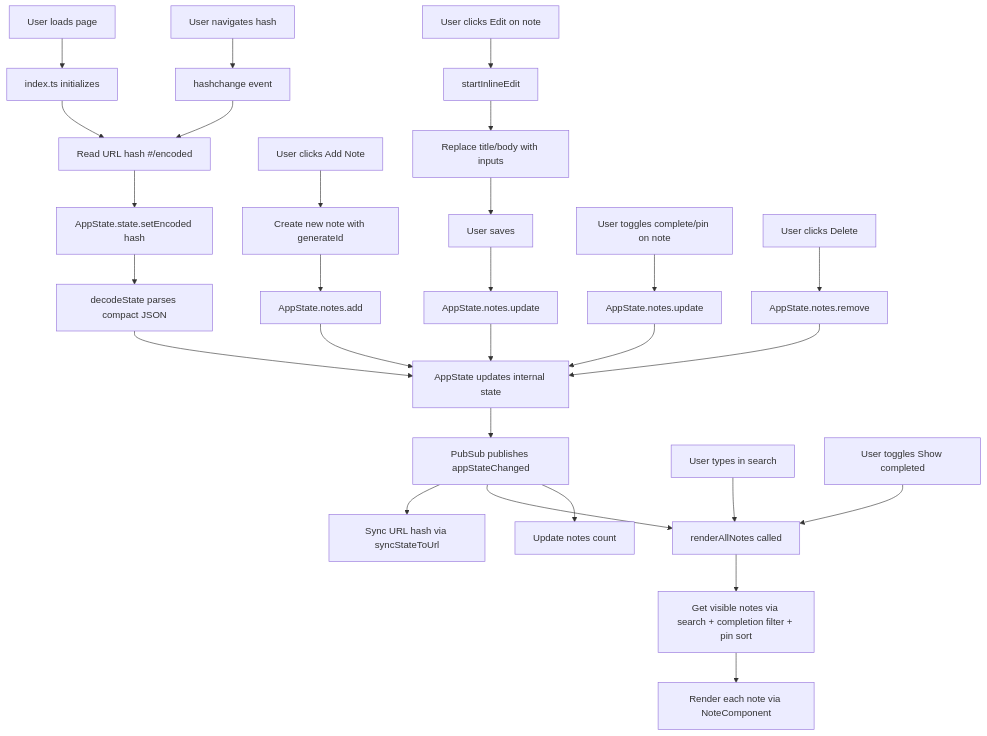
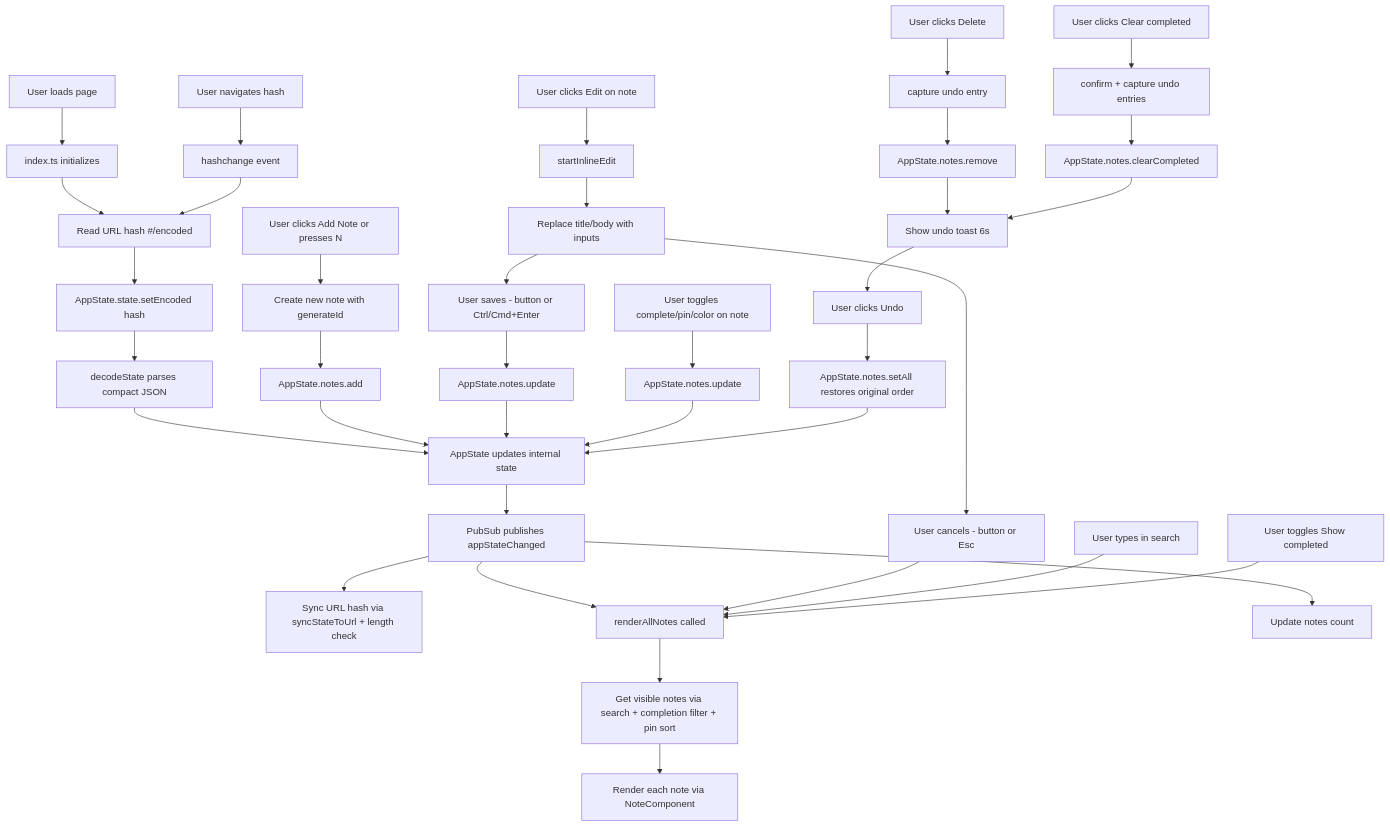
The diagram in README.md (hiimalexjgarcia/base64-encoded-state-test), drawn with Mermaid before and after one commit. The commit also changed other lines of this file and 1 other file, not shown here.

Commit message:
docs: document shortcuts, undo toast, URL length guard, and view module

````diff
--- a/README.md
+++ b/README.md
@@ -64,37 +67,47 @@
 ```mermaid
 graph TD
     A[User loads page] --> B[index.ts initializes]
     B --> C[Read URL hash #/encoded]
     C --> D[AppState.state.setEncoded hash]
     D --> E[decodeState parses compact JSON]
     E --> F[AppState updates internal state]
     F --> G[PubSub publishes appStateChanged]
-    G --> H[Sync URL hash via syncStateToUrl]
+    G --> H[Sync URL hash via syncStateToUrl + length check]
     G --> I[renderAllNotes called]
     G --> M[Update notes count]
     I --> J[Get visible notes via search + completion filter + pin sort]
     J --> L[Render each note via NoteComponent]
 
-    N[User clicks Add Note] --> O[Create new note with generateId]
+    N[User clicks Add Note or presses N] --> O[Create new note with generateId]
     O --> P[AppState.notes.add]
     P --> F
 
     Q[User clicks Edit on note] --> R[startInlineEdit]
     R --> S[Replace title/body with inputs]
-    S --> T[User saves]
+    S --> T[User saves - button or Ctrl/Cmd+Enter]
     T --> U[AppState.notes.update]
     U --> F
+    S --> V[User cancels - button or Esc]
+    V --> I
 
-    V[User toggles complete/pin on note] --> W[AppState.notes.update]
-    W --> F
+    W[User toggles complete/pin/color on note] --> X[AppState.notes.update]
+    X --> F
 
-    X[User clicks Delete] --> Y[AppState.notes.remove]
-    Y --> F
+    Y[User clicks Delete] --> Z[capture undo entry]
+    Z --> AA[AppState.notes.remove]
+    AA --> AB[Show undo toast 6s]
+    AB --> AC[User clicks Undo]
+    AC --> AD[AppState.notes.setAll restores original order]
+    AD --> F
 
-    Z[User types in search] --> I
+    AE[User clicks Clear completed] --> AF[confirm + capture undo entries]
+    AF --> AG[AppState.notes.clearCompleted]
+    AG --> AB
 
-    AB[User toggles Show completed] --> I
+    AH[User types in search] --> I
 
-    AC[User navigates hash] --> AD[hashchange event]
-    AD --> C
+    AI[User toggles Show completed] --> I
+
+    AJ[User navigates hash] --> AK[hashchange event]
+    AK --> C
 ```
````
